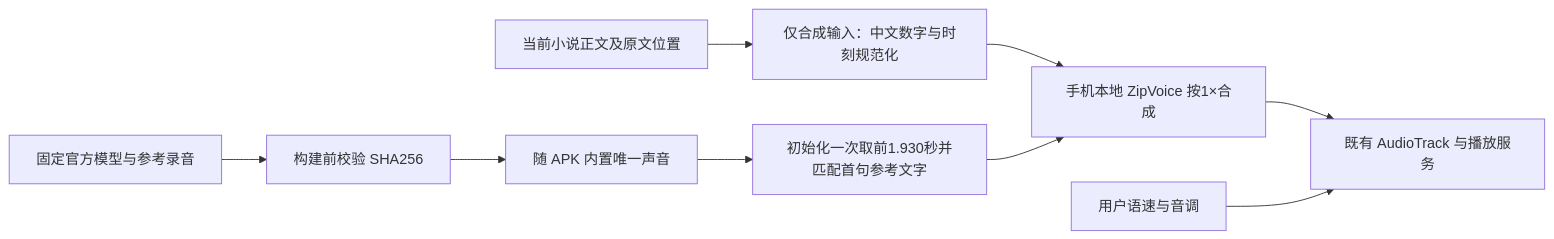
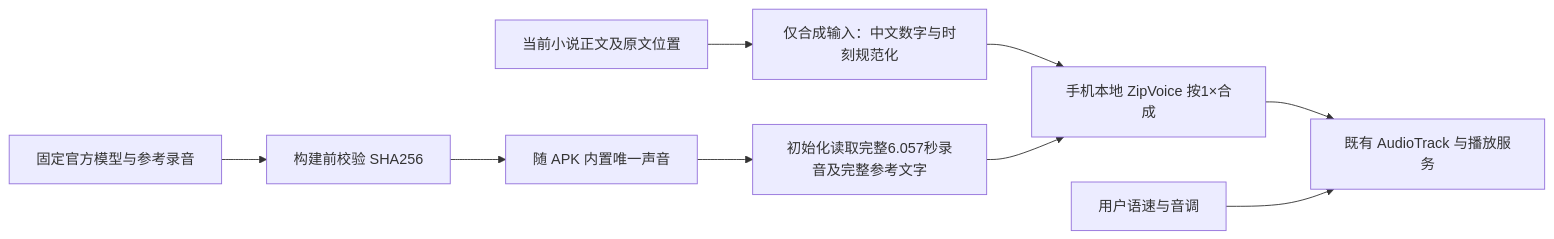
The diagram in docs/knowledge/offline-voice-dependencies.md (longerlsx/story_app), drawn with Mermaid before and after one commit. The commit also changed other lines of this file and 6 other files, not shown here.

````diff
--- a/docs/knowledge/offline-voice-dependencies.md
+++ b/docs/knowledge/offline-voice-dependencies.md
@@ -22,11 +22,11 @@
 ```mermaid
 flowchart LR
     S[固定官方模型与参考录音] --> H[构建前校验 SHA256]
     H --> A[随 APK 内置唯一声音]
     T[当前小说正文及原文位置] --> N[仅合成输入：中文数字与时刻规范化]
     N --> G[手机本地 ZipVoice 按1×合成]
-    A --> C[初始化一次取前1.930秒并匹配首句参考文字]
+    A --> C[初始化读取完整6.057秒录音及完整参考文字]
     C --> G
     G --> P[既有 AudioTrack 与播放服务]
     R[用户语速与音调] --> P
 ```
````
